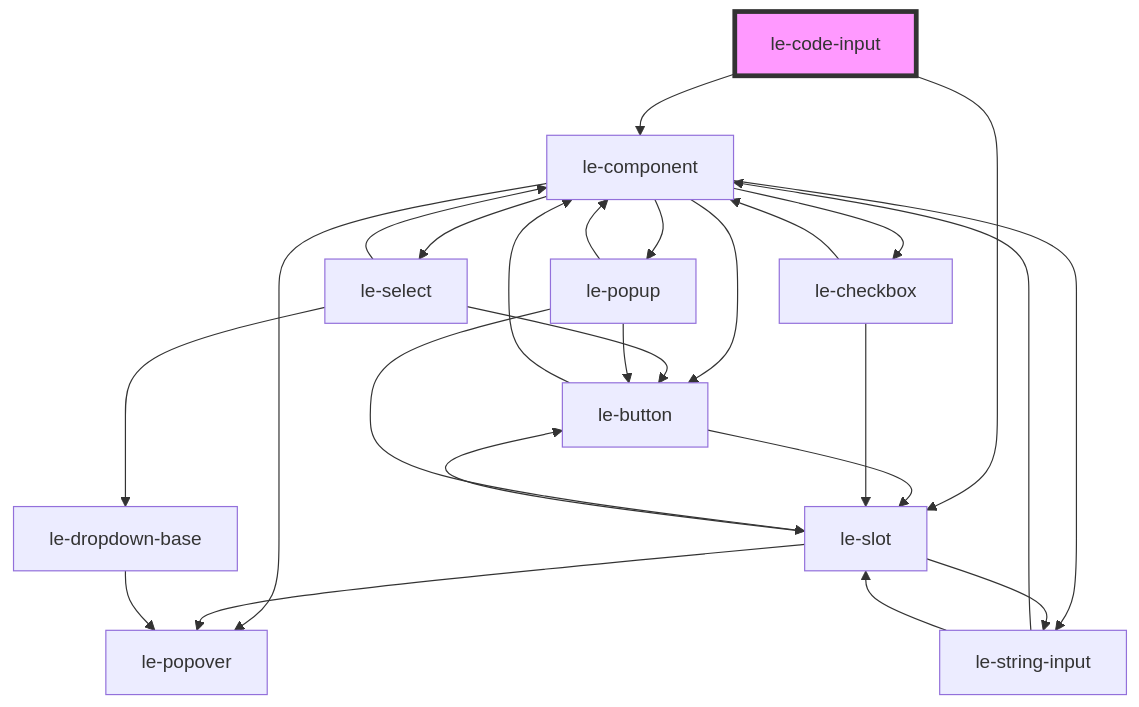
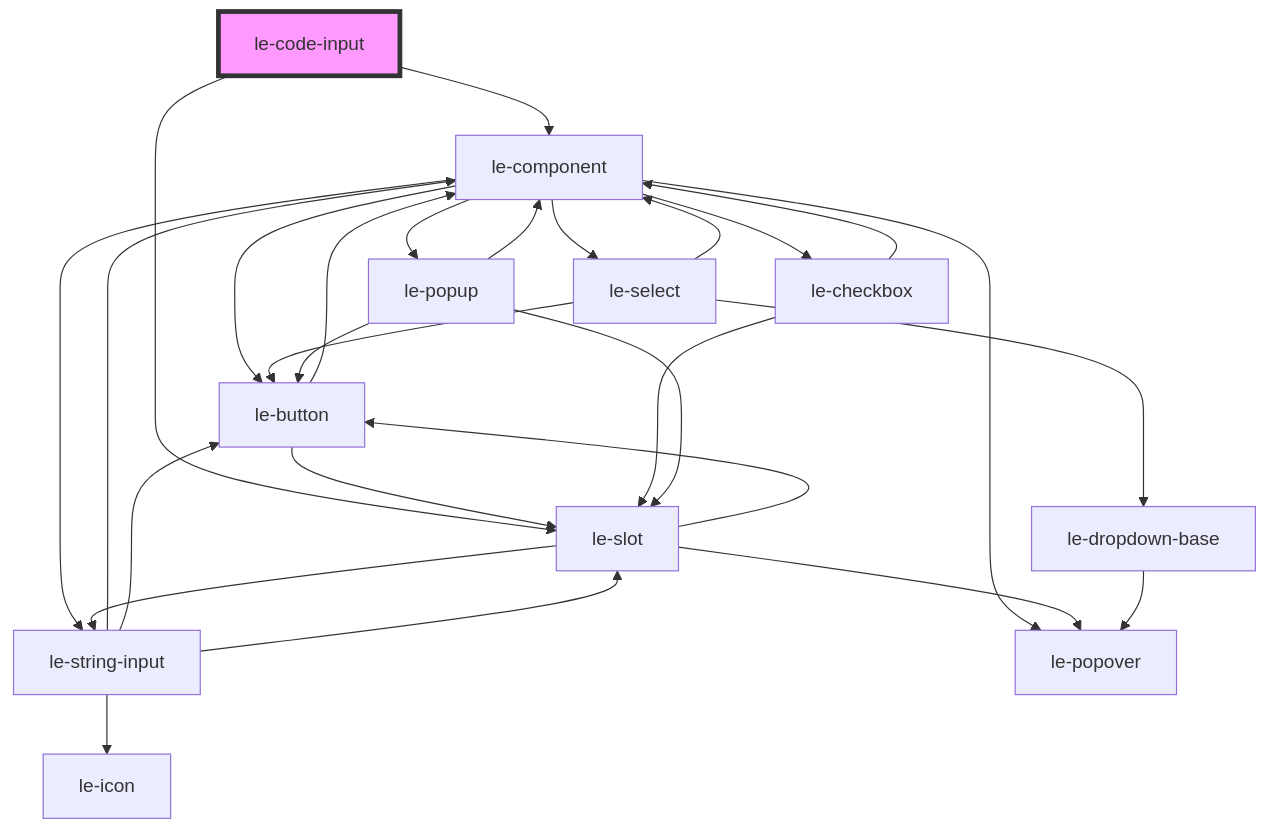
Before and after one commit to leechy/le-kit: the diagram in packages/core/src/components/le-code-input/readme.md, drawn with Mermaid. The commit also changed 34 other files, not shown here.

````diff
--- a/packages/core/src/components/le-code-input/readme.md
+++ b/packages/core/src/components/le-code-input/readme.md
@@ -54,28 +54,30 @@
 ```mermaid
 graph TD;
   le-code-input --> le-component
   le-code-input --> le-slot
   le-component --> le-button
   le-component --> le-select
   le-component --> le-checkbox
   le-component --> le-string-input
   le-component --> le-popover
   le-component --> le-popup
   le-button --> le-component
   le-button --> le-slot
   le-slot --> le-popover
   le-slot --> le-button
   le-slot --> le-string-input
   le-string-input --> le-component
+  le-string-input --> le-button
+  le-string-input --> le-icon
   le-string-input --> le-slot
   le-select --> le-component
   le-select --> le-dropdown-base
   le-select --> le-button
   le-dropdown-base --> le-popover
   le-checkbox --> le-component
   le-checkbox --> le-slot
   le-popup --> le-slot
   le-popup --> le-button
   le-popup --> le-component
   style le-code-input fill:#f9f,stroke:#333,stroke-width:4px
 ```
````
